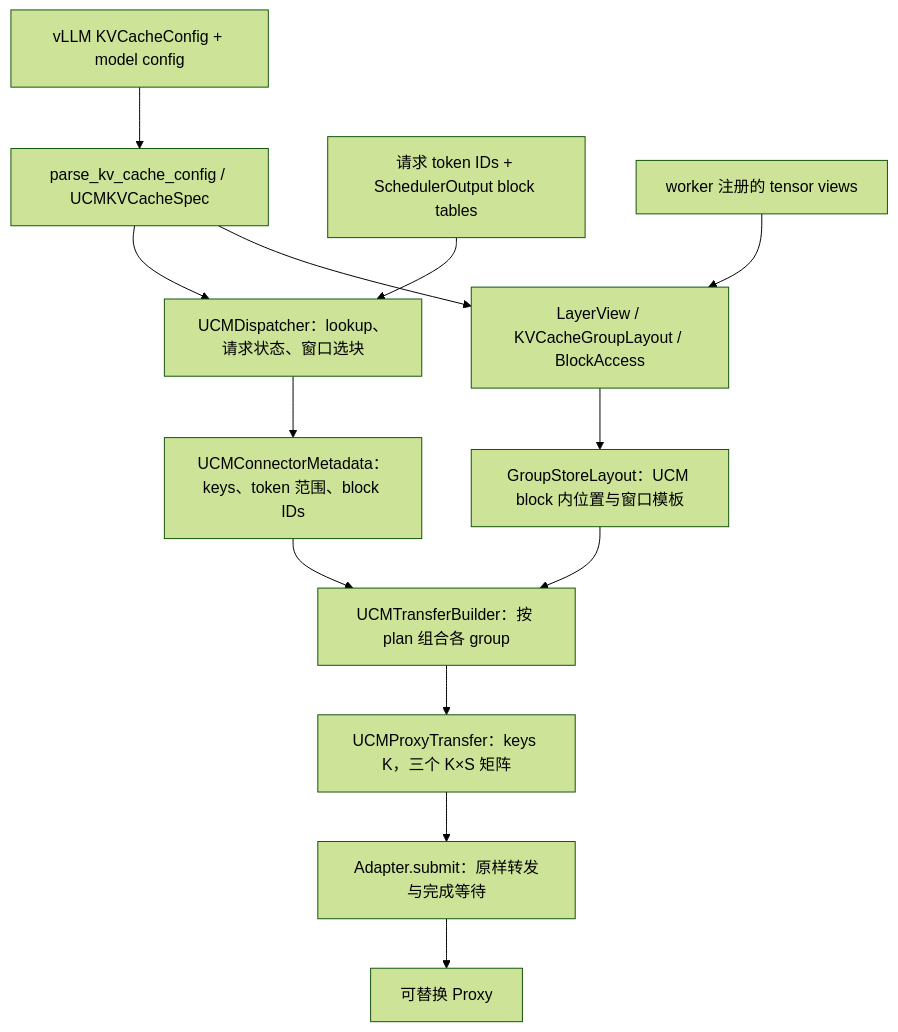
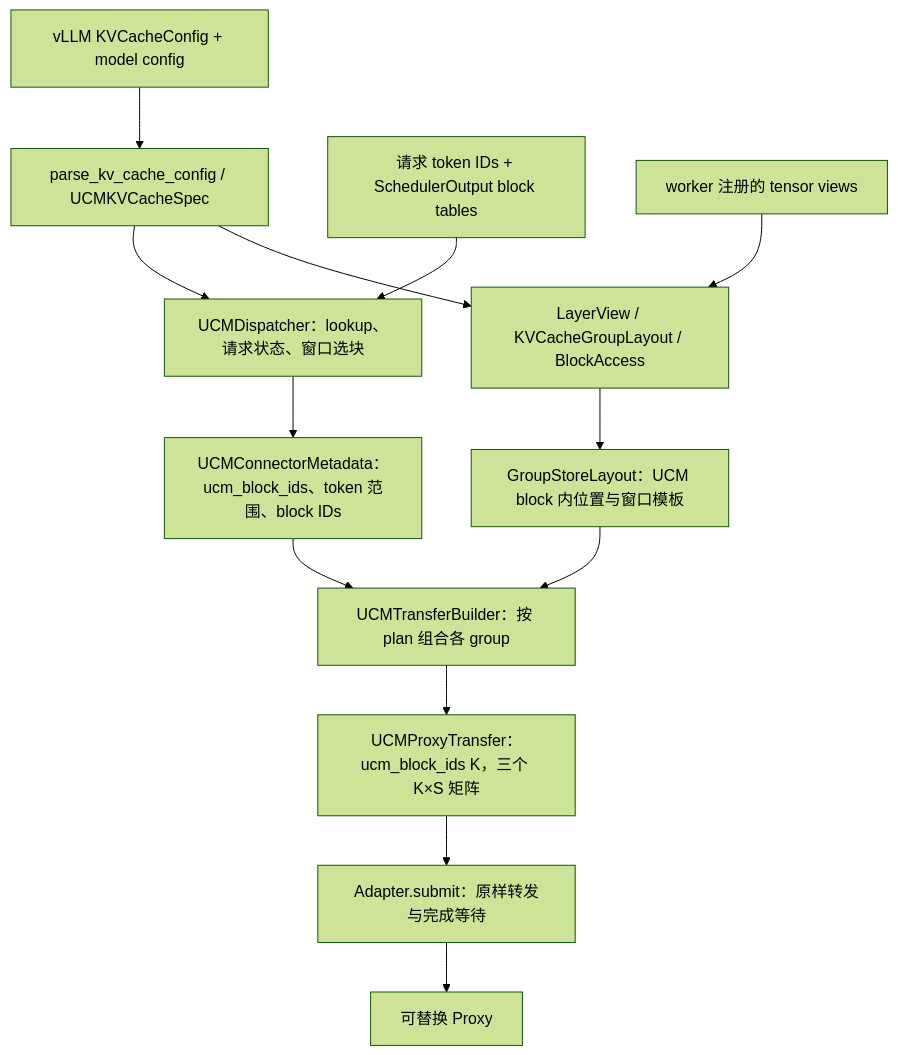
The diagram in docs/connector-v2-detailed-design.md (ModelEngine-Group/unified-cache-management), drawn with Mermaid (forest theme) before and after one commit. The commit also changed other lines of this file and 18 other files, not shown here.

````diff
--- a/docs/connector-v2-detailed-design.md
+++ b/docs/connector-v2-detailed-design.md
@@ -26,15 +26,15 @@
 ```mermaid
 flowchart TD
     Config["vLLM KVCacheConfig + model config"] --> Spec["parse_kv_cache_config / UCMKVCacheSpec"]
     Spec --> Scheduler["UCMDispatcher：lookup、请求状态、窗口选块"]
     Request["请求 token IDs + SchedulerOutput block tables"] --> Scheduler
-    Scheduler --> Meta["UCMConnectorMetadata：keys、token 范围、block IDs"]
+    Scheduler --> Meta["UCMConnectorMetadata：ucm_block_ids、token 范围、block IDs"]
     Views["worker 注册的 tensor views"] --> Physical["LayerView / KVCacheGroupLayout / BlockAccess"]
     Spec --> Physical
     Physical --> Record["GroupStoreLayout：UCM block 内位置与窗口模板"]
     Meta --> Builder["UCMTransferBuilder：按 plan 组合各 group"]
     Record --> Builder
-    Builder --> Transfer["UCMProxyTransfer：keys K，三个 K×S 矩阵"]
+    Builder --> Transfer["UCMProxyTransfer：ucm_block_ids K，三个 K×S 矩阵"]
     Transfer --> Adapter["Adapter.submit：原样转发与完成等待"]
     Adapter --> Proxy["可替换 Proxy"]
 ```
````
